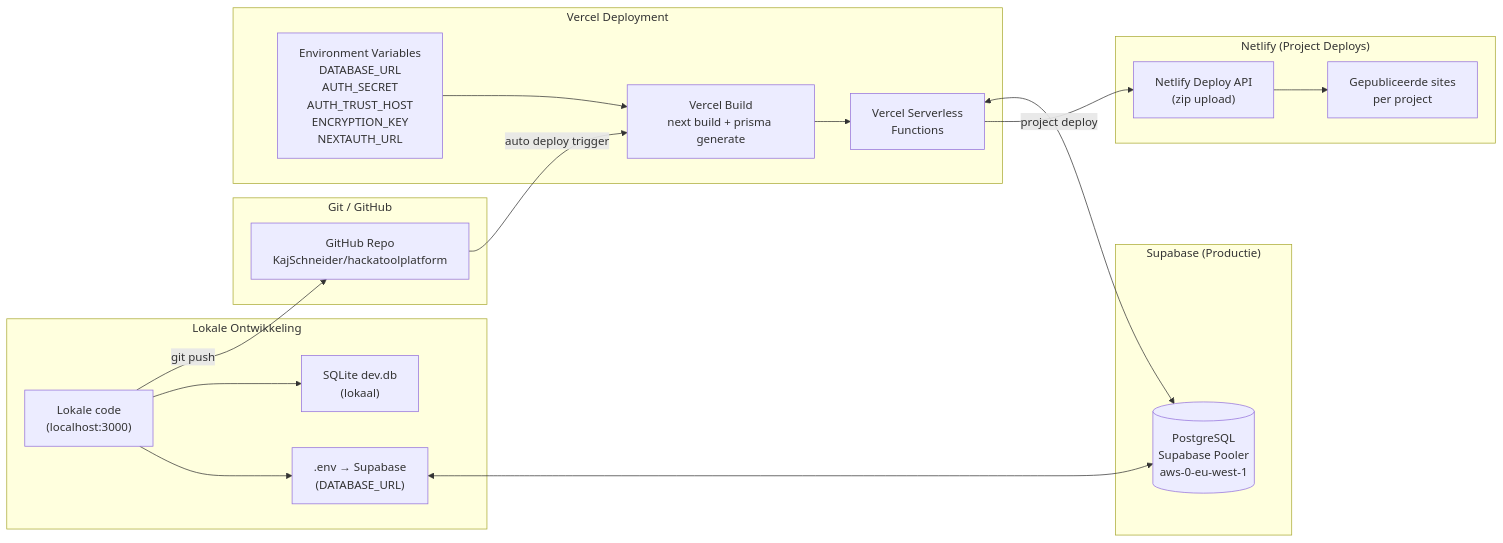
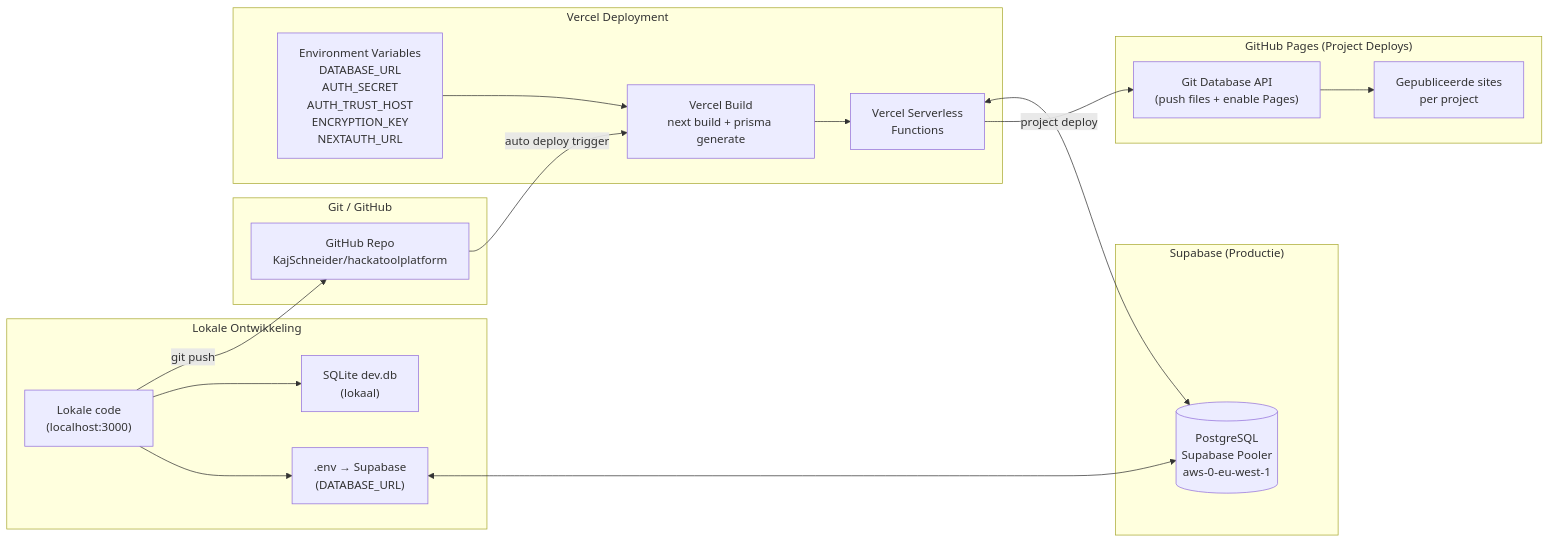
The third of 5 diagrams in docs/ARCHITECTURE_DIAGRAM.md (KajSchneider/hackatoolplatform), drawn with Mermaid before and after one commit. The commit also changed other lines of this file and 11 other files, not shown here.

Commit message:
cleanup: remove Netlify integration, update docs to GitHub Pages deploy

````diff
--- a/docs/ARCHITECTURE_DIAGRAM.md
+++ b/docs/ARCHITECTURE_DIAGRAM.md
@@ -168,38 +154,38 @@
 ```mermaid
 flowchart LR
     subgraph Dev["Lokale Ontwikkeling"]
         LocalCode["Lokale code<br/>(localhost:3000)"]
         LocalDB["SQLite dev.db<br/>(lokaal)"]
         EnvFile[".env → Supabase<br/>(DATABASE_URL)"]
     end
 
     subgraph Git["Git / GitHub"]
         Repo["GitHub Repo<br/>KajSchneider/hackatoolplatform"]
     end
 
     subgraph VercelDeploy["Vercel Deployment"]
         Build["Vercel Build<br/>next build + prisma generate"]
         VercelEnv["Environment Variables<br/>DATABASE_URL<br/>AUTH_SECRET<br/>AUTH_TRUST_HOST<br/>ENCRYPTION_KEY<br/>NEXTAUTH_URL"]
         Serverless["Vercel Serverless<br/>Functions"]
     end
 
     subgraph SupabaseProd["Supabase (Productie)"]
         ProdDB[("PostgreSQL<br/>Supabase Pooler<br/>aws-0-eu-west-1")]
     end
 
-    subgraph NetlifyDeploy["Netlify (Project Deploys)"]
-        NetlifyBuild["Netlify Deploy API<br/>(zip upload)"]
+    subgraph GitHubPages["GitHub Pages (Project Deploys)"]
+        GitHubPush["Git Database API<br/>(push files + enable Pages)"]
         PublishedSites["Gepubliceerde sites<br/>per project"]
     end
 
     LocalCode -->|git push| Repo
     Repo -->|auto deploy trigger| Build
     VercelEnv --> Build
     Build --> Serverless
     Serverless <--> ProdDB
     LocalCode --> LocalDB
     LocalCode --> EnvFile
     EnvFile <--> ProdDB
-    Serverless -->|project deploy| NetlifyBuild
-    NetlifyBuild --> PublishedSites
+    Serverless -->|project deploy| GitHubPush
+    GitHubPush --> PublishedSites
 ```
````
